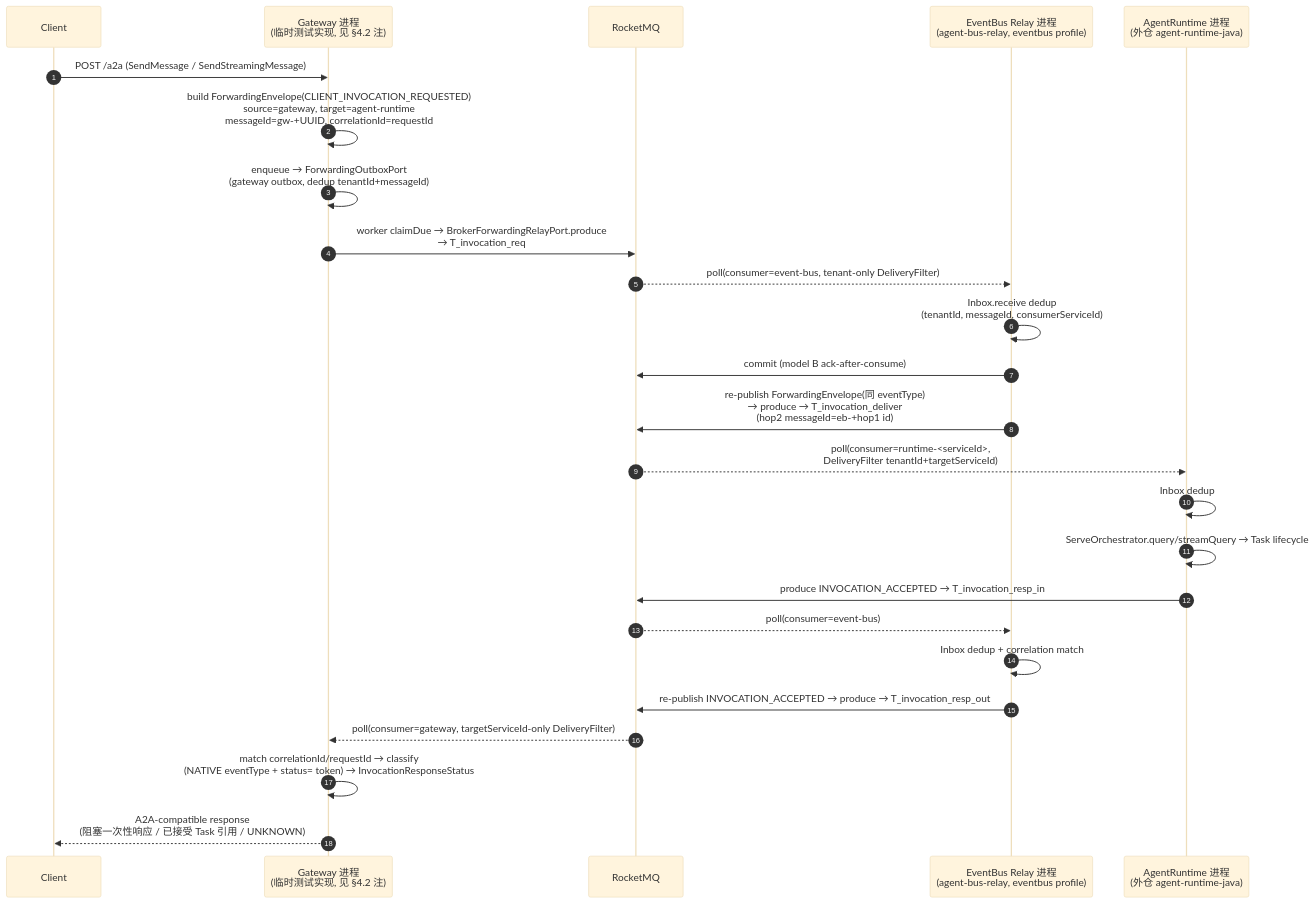
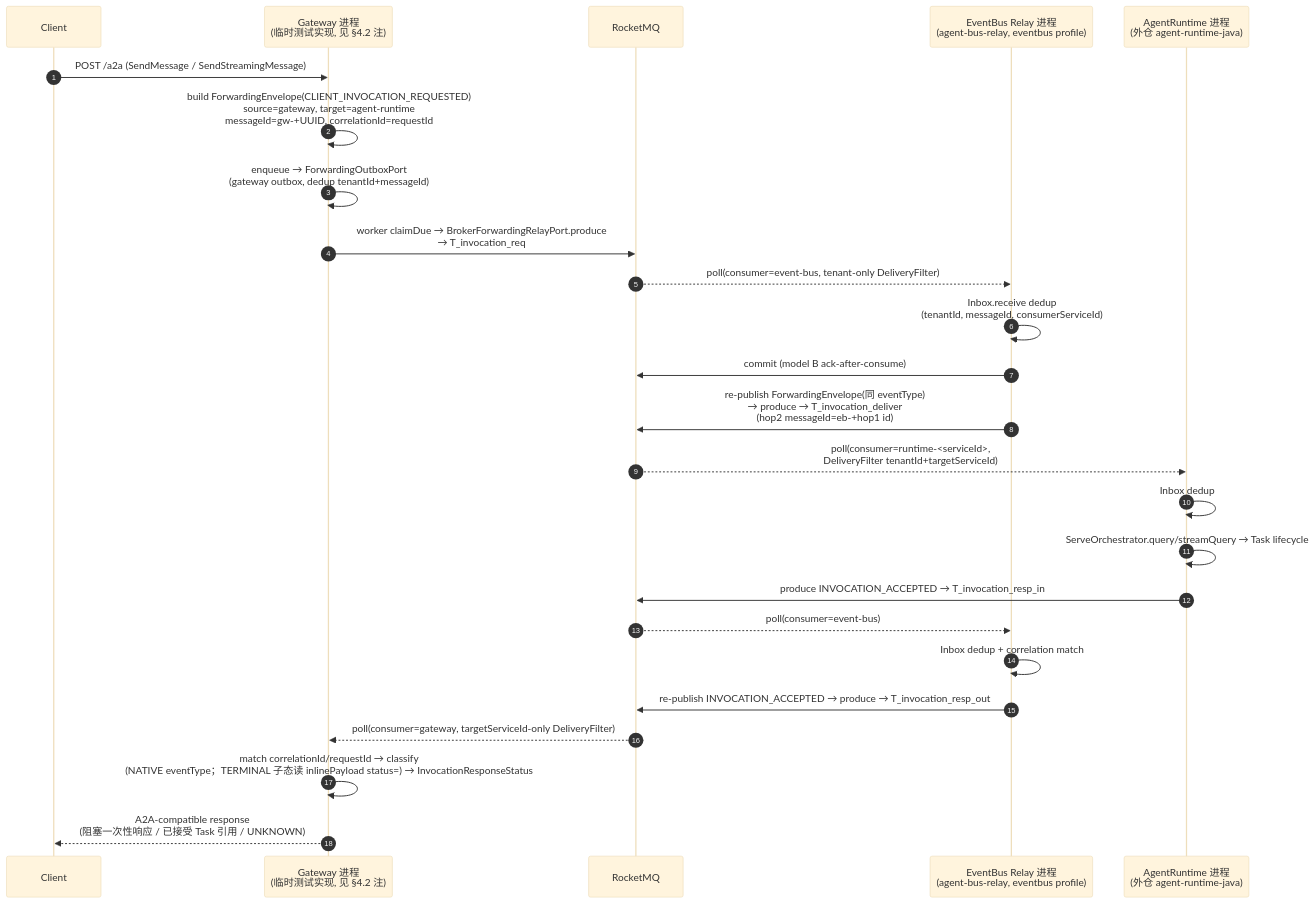
One commit to chaosxingxc-orion/spring-ai-ascend changed the first of 5 diagrams in architecture/L2-Low-Level-Design/agent-bus/feat-013-client-invocation-event-forwarding.md. Above: the diagram before and after it, drawn with Mermaid (base theme). The commit also changed other lines of this file and 2 other files, not shown here.

````diff
--- a/architecture/L2-Low-Level-Design/agent-bus/feat-013-client-invocation-event-forwarding.md
+++ b/architecture/L2-Low-Level-Design/agent-bus/feat-013-client-invocation-event-forwarding.md
@@ -315,28 +323,28 @@
 ```mermaid
 sequenceDiagram
     autonumber
     participant C as Client
     participant GW as Gateway 进程<br/>(临时测试实现, 见 §4.2 注)
     participant MQ as RocketMQ
     participant EB as EventBus Relay 进程<br/>(agent-bus-relay, eventbus profile)
     participant RT as AgentRuntime 进程<br/>(外仓 agent-runtime-java)
 
     C->>GW: POST /a2a (SendMessage / SendStreamingMessage)
     GW->>GW: build ForwardingEnvelope(CLIENT_INVOCATION_REQUESTED)<br/>source=gateway, target=agent-runtime<br/>messageId=gw-+UUID, correlationId=requestId
     GW->>GW: enqueue → ForwardingOutboxPort<br/>(gateway outbox, dedup tenantId+messageId)
     GW->>MQ: worker claimDue → BrokerForwardingRelayPort.produce<br/>→ T_invocation_req
     MQ-->>EB: poll(consumer=event-bus, tenant-only DeliveryFilter)
     EB->>EB: Inbox.receive dedup<br/>(tenantId, messageId, consumerServiceId)
     EB->>MQ: commit (model B ack-after-consume)
     EB->>MQ: re-publish ForwardingEnvelope(同 eventType)<br/>→ produce → T_invocation_deliver<br/>(hop2 messageId=eb-+hop1 id)
     MQ-->>RT: poll(consumer=runtime-<serviceId>,<br/>DeliveryFilter tenantId+targetServiceId)
     RT->>RT: Inbox dedup
     RT->>RT: ServeOrchestrator.query/streamQuery → Task lifecycle
     RT->>MQ: produce INVOCATION_ACCEPTED → T_invocation_resp_in
     MQ-->>EB: poll(consumer=event-bus)
     EB->>EB: Inbox dedup + correlation match
     EB->>MQ: re-publish INVOCATION_ACCEPTED → produce → T_invocation_resp_out
     MQ-->>GW: poll(consumer=gateway, targetServiceId-only DeliveryFilter)
-    GW->>GW: match correlationId/requestId → classify<br/>(NATIVE eventType + status= token) → InvocationResponseStatus
+    GW->>GW: match correlationId/requestId → classify<br/>(NATIVE eventType；TERMINAL 子态读 inlinePayload status=) → InvocationResponseStatus
     GW-->>C: A2A-compatible response<br/>(阻塞一次性响应 / 已接受 Task 引用 / UNKNOWN)
 ```
````
